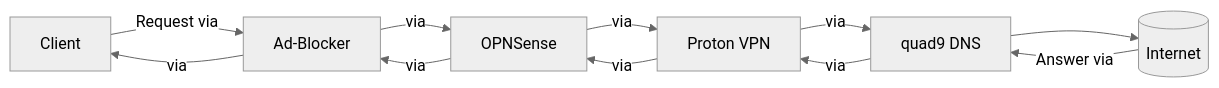
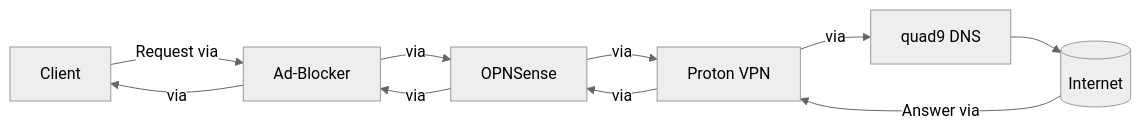
Before and after one commit to Nilram13/Self-hosted-DNS-Resolver-with-special-tools: the diagram in README.md, drawn with Mermaid (neutral theme).

Commit message:
fix flowchart in README.md

````diff
--- a/README.md
+++ b/README.md
@@ -9,5 +9,5 @@
 ```mermaid
 flowchart LR
-    A[Client] --> |Request via| B[Ad-Blocker]  --> |via| C[OPNSense] --> |via| D[Proton VPN] --> |via| E[quad9 DNS] --> F[(Internet)] --> |Answer via| E --> |via| D --> |via| C --> |via| B --> |via| A
+    A[Client] --> |Request via| B[Ad-Blocker]  --> |via| C[OPNSense] --> |via| D[Proton VPN] --> |via| E[quad9 DNS] --> F[(Internet)] --> |Answer via| D --> |via| C --> |via| B --> |via| A
 
 ```
````
